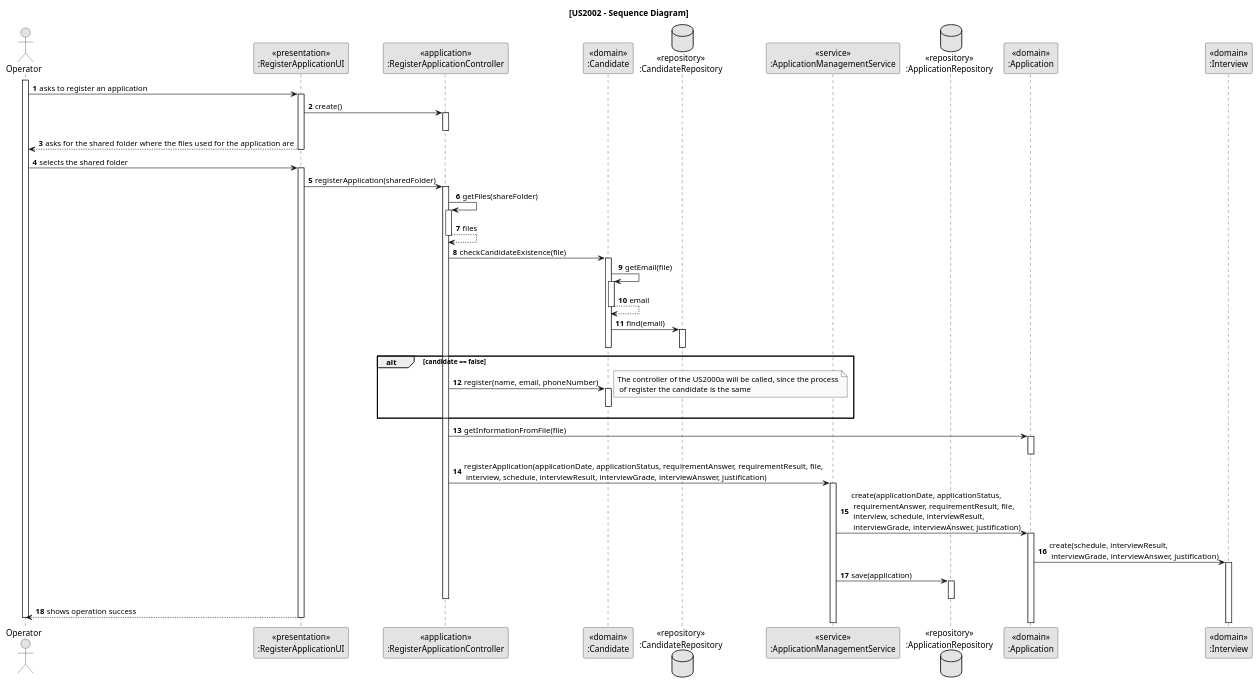
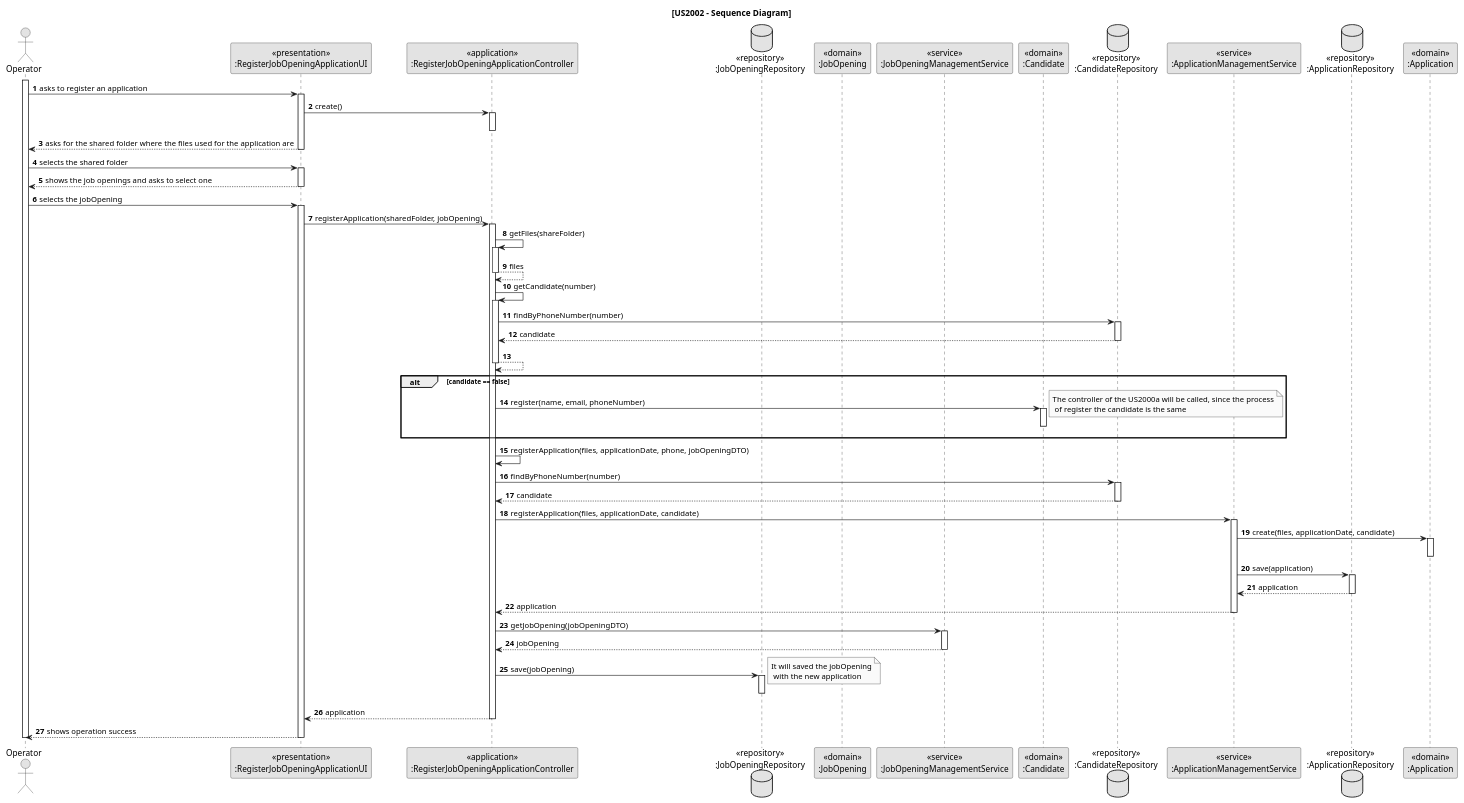
Before and after one commit to rita-barbosa/LAPR4-2324: the diagram in docs/sb_us_2002/us_2002_SD.puml, drawn with PlantUML. The commit also changed 6 other files, not shown here.

```diff
--- a/docs/sb_us_2002/us_2002_SD.puml
+++ b/docs/sb_us_2002/us_2002_SD.puml
@@ -1,122 +1,148 @@
 @startuml US2002_SD
 
 skinparam monochrome true
 skinparam packageStyle rectangle
 skinparam shadowing false
 
 autonumber
 
 title [US2002 - Sequence Diagram]
 
 actor "Operator" as OP
-participant "<<presentation>>\n:RegisterApplicationUI" as UI
-participant "<<application>>\n:RegisterApplicationController" as CTRL
+participant "<<presentation>>\n:RegisterJobOpeningApplicationUI" as UI
+participant "<<application>>\n:RegisterJobOpeningApplicationController" as CTRL
+participant "<<service>>\n:JobOpeningManagementService" as JobManagement
+database "<<repository>>\n:JobOpeningRepository" as JobOpeningRepository
+participant "<<domain>>\n:JobOpening" as JobOpening
+participant "<<service>>\n:JobOpeningManagementService" as JobManagement
 participant "<<domain>>\n:Candidate" as Candidate
 database "<<repository>>\n:CandidateRepository" as CandidateRepository
 participant "<<service>>\n:ApplicationManagementService" as AppManagement
 database "<<repository>>\n:ApplicationRepository" as ApplicationRepository
 participant "<<domain>>\n:Application" as Application
-participant "<<domain>>\n:Interview" as Interview
 
 activate OP
 
 OP -> UI : asks to register an application
 activate UI
 
 UI -> CTRL : create()
 
 activate CTRL
 deactivate CTRL
 
 UI --> OP : asks for the shared folder where the files used for the application are
 deactivate UI
 
 OP -> UI : selects the shared folder
 activate UI
 
-UI -> CTRL : registerApplication(sharedFolder)
+UI --> OP : shows the job openings and asks to select one
+deactivate UI
+
+OP -> UI : selects the jobOpening
+activate UI
+
+
+UI -> CTRL : registerApplication(sharedFolder, jobOpening)
 activate CTRL
 
 CTRL -> CTRL : getFiles(shareFolder)
 activate CTRL
 
 CTRL --> CTRL : files
 deactivate CTRL
 
-CTRL -> Candidate : checkCandidateExistence(file)
-activate Candidate
+CTRL -> CTRL : getCandidate(number)
+activate CTRL
 
-'Candidate -> Candidate : find(email)
-'activate Candidate
-
-Candidate -> Candidate : getEmail(file)
-activate Candidate
-
-Candidate --> Candidate : email
-deactivate Candidate
-
-Candidate -> CandidateRepository : find(email)
+CTRL -> CandidateRepository : findByPhoneNumber(number)
 activate CandidateRepository
 
-'CandidateRepository --> Candidate : candidate
+CandidateRepository --> CTRL : candidate
 deactivate CandidateRepository
 
-'Candidate --> Candidate : candidate
-'deactivate Candidate
+CTRL --> CTRL :
+deactivate CTRL
 
-deactivate Candidate
 
 alt candidate == false
 
 
 CTRL -> Candidate : register(name, email, phoneNumber)
 activate Candidate
 deactivate Candidate
 
 'check what to put here for register the candidate and the user
 
 note right: The controller of the US2000a will be called, since the process\n of register the candidate is the same
 
 
 end alt
 
 
-'Candidate -> CTRL : candidate
-'deactivate Candidate
+deactivate Application
 
-CTRL -> Application : getInformationFromFile(file)
-activate Application
+CTRL -> CTRL : registerApplication(files, applicationDate, phone, jobOpeningDTO)
 
 
-deactivate Application
+CTRL -> CandidateRepository : findByPhoneNumber(number)
+activate CandidateRepository
 
-CTRL -> AppManagement : registerApplication(applicationDate, applicationStatus, requirementAnswer, requirementResult, file,\n interview, schedule, interviewResult, interviewGrade, interviewAnswer, justification)
+CandidateRepository --> CTRL : candidate
+deactivate CandidateRepository
+
+CTRL -> AppManagement : registerApplication(files, applicationDate, candidate)
 activate AppManagement
 
-AppManagement -> Application : create(applicationDate, applicationStatus,\n requirementAnswer, requirementResult, file,\n interview, schedule, interviewResult,\n interviewGrade, interviewAnswer, justification)
+AppManagement -> Application : create(files, applicationDate, candidate)
 activate Application
-
-Application -> Interview : create(schedule, interviewResult,\n interviewGrade, interviewAnswer, justification)
-activate Interview
+deactivate Application
 
 AppManagement -> ApplicationRepository : save(application)
 activate ApplicationRepository
+
+ApplicationRepository --> AppManagement : application
 deactivate ApplicationRepository
+
+AppManagement --> CTRL : application
+deactivate AppManagement
+
+CTRL -> JobManagement : getJobOpening(jobOpeningDTO)
+activate JobManagement
+
+JobManagement --> CTRL : jobOpening
+deactivate JobManagement
+
+
+CTRL -> JobOpeningRepository : save(jobOpening)
+activate JobOpeningRepository
+deactivate JobOpeningRepository
+
+
+note right: It will saved the jobOpening\n with the new application
+
+
+CTRL --> UI : application
+deactivate CTRL
+
+
+
 
 'Application -> ApplicationRepository : create(applicationDate, applicationStatus,\n requirementAnswer, requirementResult, file,\n interview, schedule, interviewResult,\n interviewGrade, interviewAnswer, justification)
 'activate ApplicationRepository
 
 
 
 deactivate CTRL
 
 
 UI --> OP : shows operation success
 deactivate UI
 
 
 deactivate OP
 
 
 
 @enduml
```
